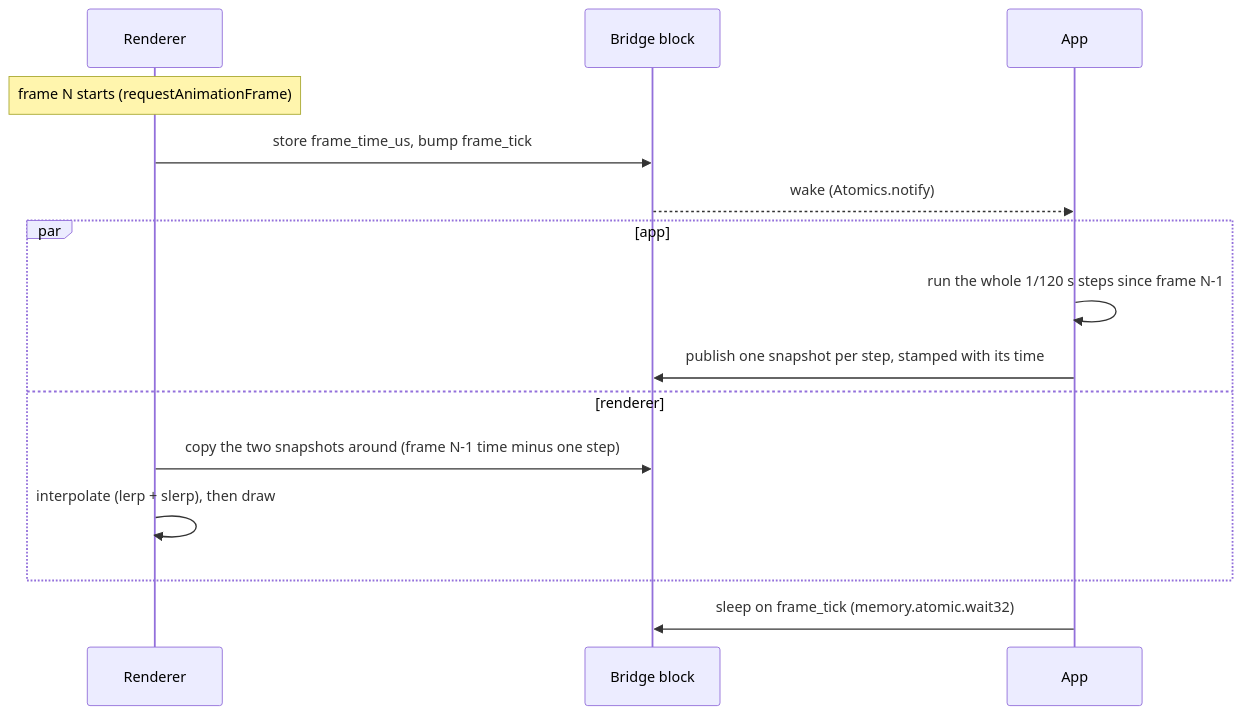
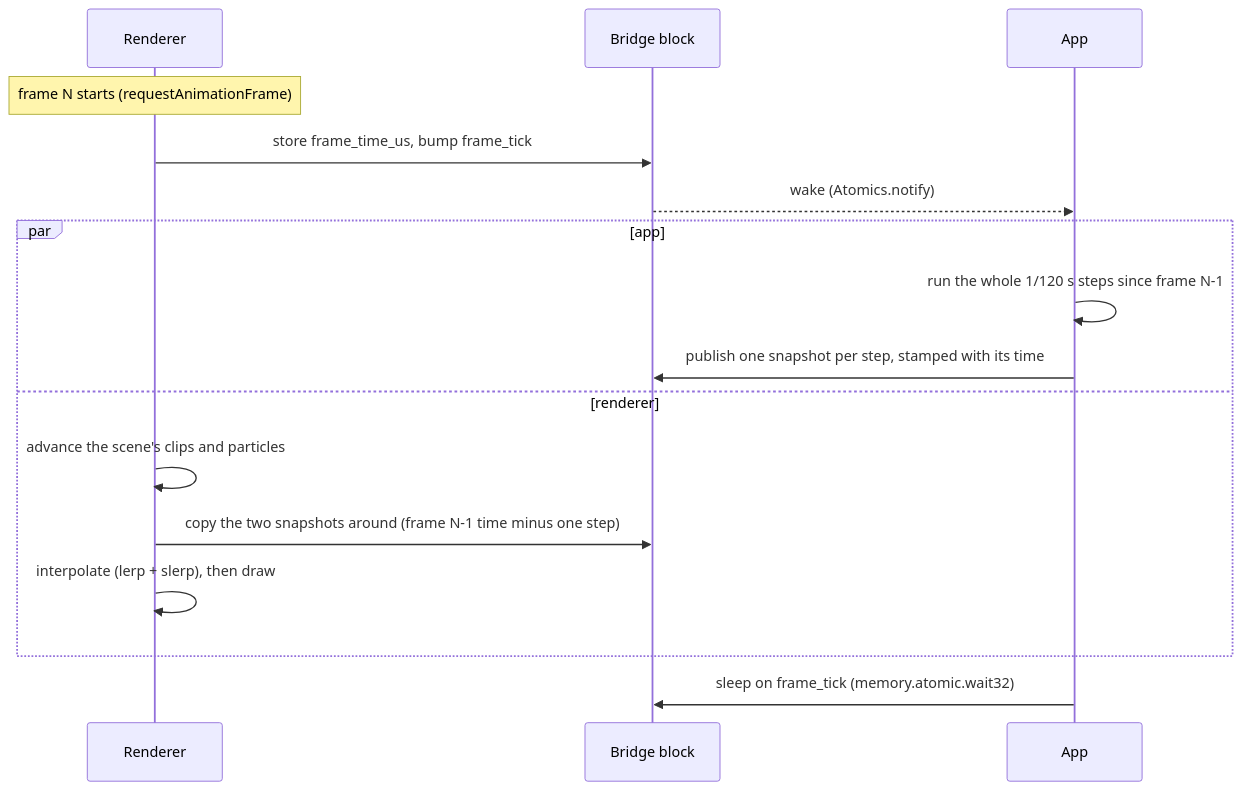
Before and after one commit to awsm-fun/awsm-template-simple-multithreaded-c: the second of 3 diagrams in README.md, drawn with Mermaid. The commit also changed other lines of this file and 6 other files, not shown here.

First line of the commit message:
awsm-renderer 0.44.1: scene clips and particles play, AA stays the page's

````diff
--- a/README.md
+++ b/README.md
@@ -202,17 +202,18 @@
 ```mermaid
 sequenceDiagram
     participant R as Renderer
     participant B as Bridge block
     participant A as App
     Note over R: frame N starts (requestAnimationFrame)
     R->>B: store frame_time_us, bump frame_tick
     B-->>A: wake (Atomics.notify)
     par app
         A->>A: run the whole 1/120 s steps since frame N-1
         A->>B: publish one snapshot per step, stamped with its time
     and renderer
+        R->>R: advance the scene's clips and particles
         R->>B: copy the two snapshots around (frame N-1 time minus one step)
         R->>R: interpolate (lerp + slerp), then draw
     end
     A->>B: sleep on frame_tick (memory.atomic.wait32)
 ```
````
